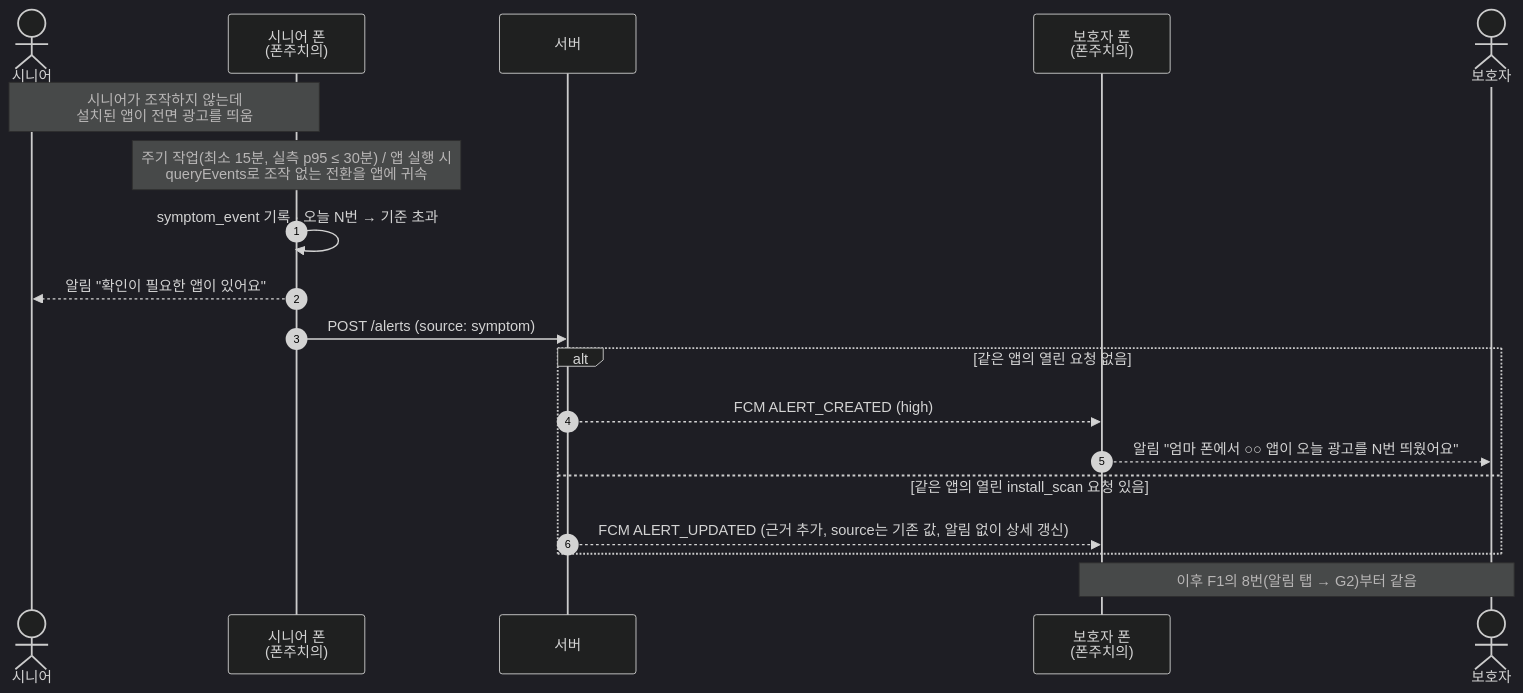
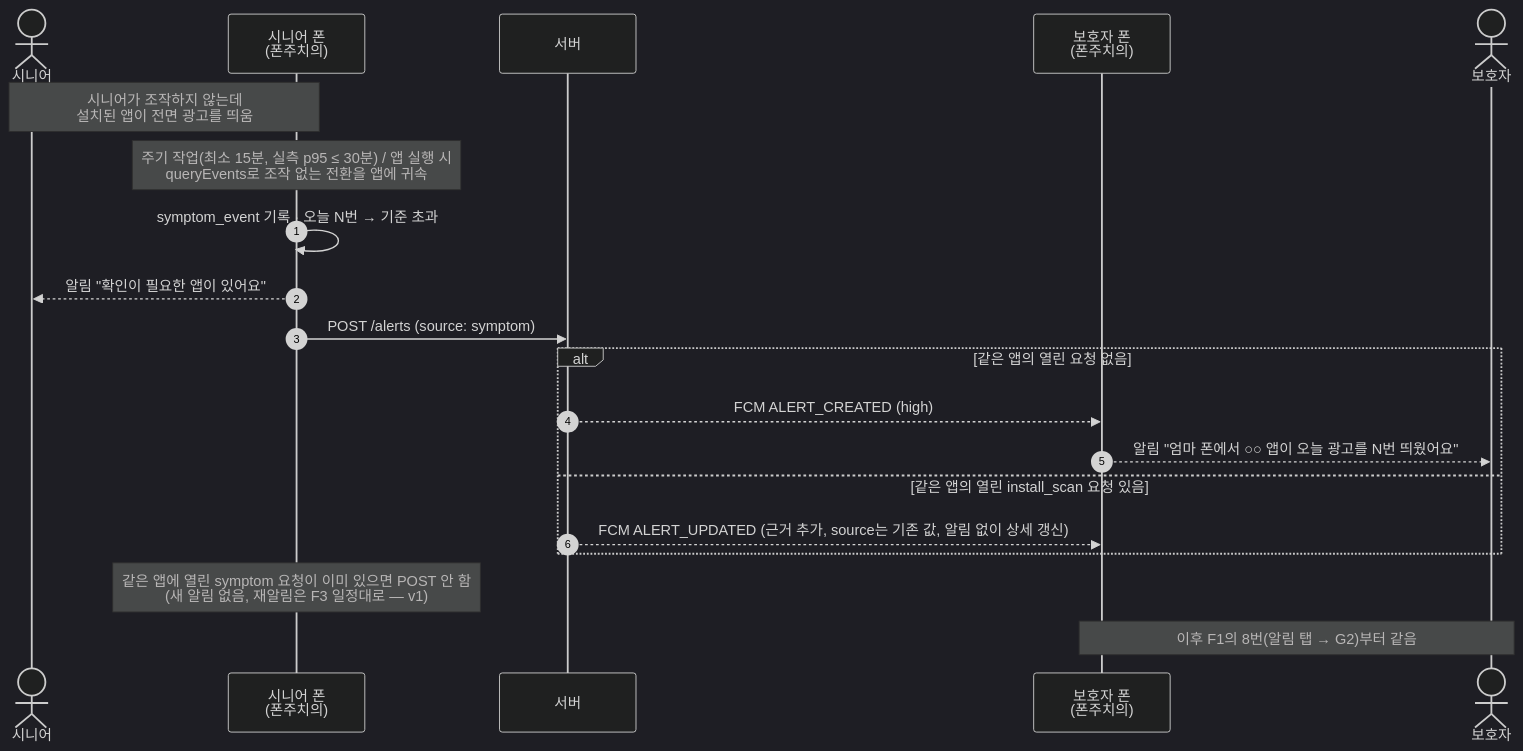
One commit to inq-o/phonedoctor changed the first of 5 diagrams in specs/001-mvp/ux-flows.md. Above: the diagram before and after it, drawn with Mermaid (dark theme). The commit also changed other lines of this file and 4 other files, not shown here.

````diff
--- a/specs/001-mvp/ux-flows.md
+++ b/specs/001-mvp/ux-flows.md
@@ -61,22 +61,23 @@
 ```mermaid
 sequenceDiagram
     autonumber
     actor 시니어
     participant SP as 시니어 폰<br/>(폰주치의)
     participant API as 서버
     participant GP as 보호자 폰<br/>(폰주치의)
     actor 보호자
 
     Note over 시니어,SP: 시니어가 조작하지 않는데<br/>설치된 앱이 전면 광고를 띄움
     Note over SP: 주기 작업(최소 15분, 실측 p95 ≤ 30분) / 앱 실행 시<br/>queryEvents로 조작 없는 전환을 앱에 귀속
     SP->>SP: symptom_event 기록 · 오늘 N번 → 기준 초과
     SP-->>시니어: 알림 "확인이 필요한 앱이 있어요"
     SP->>API: POST /alerts (source: symptom)
     alt 같은 앱의 열린 요청 없음
         API-->>GP: FCM ALERT_CREATED (high)
         GP-->>보호자: 알림 "엄마 폰에서 ○○ 앱이 오늘 광고를 N번 띄웠어요"
     else 같은 앱의 열린 install_scan 요청 있음
         API-->>GP: FCM ALERT_UPDATED (근거 추가, source는 기존 값, 알림 없이 상세 갱신)
     end
+    Note over SP: 같은 앱에 열린 symptom 요청이 이미 있으면 POST 안 함<br/>(새 알림 없음, 재알림은 F3 일정대로 — v1)
     Note over 보호자,GP: 이후 F1의 8번(알림 탭 → G2)부터 같음
 ```
````
